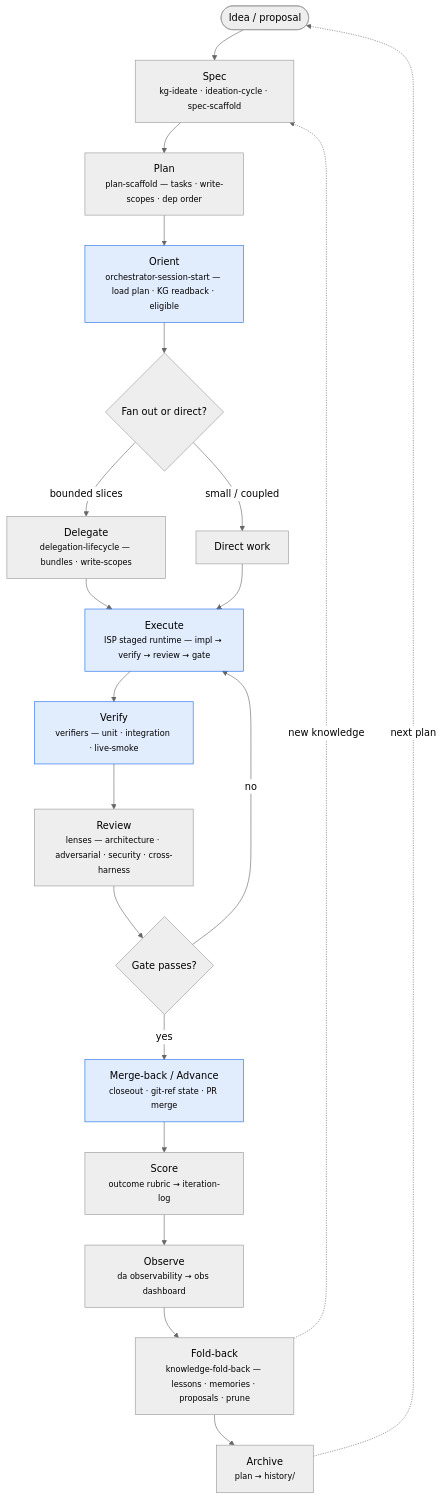
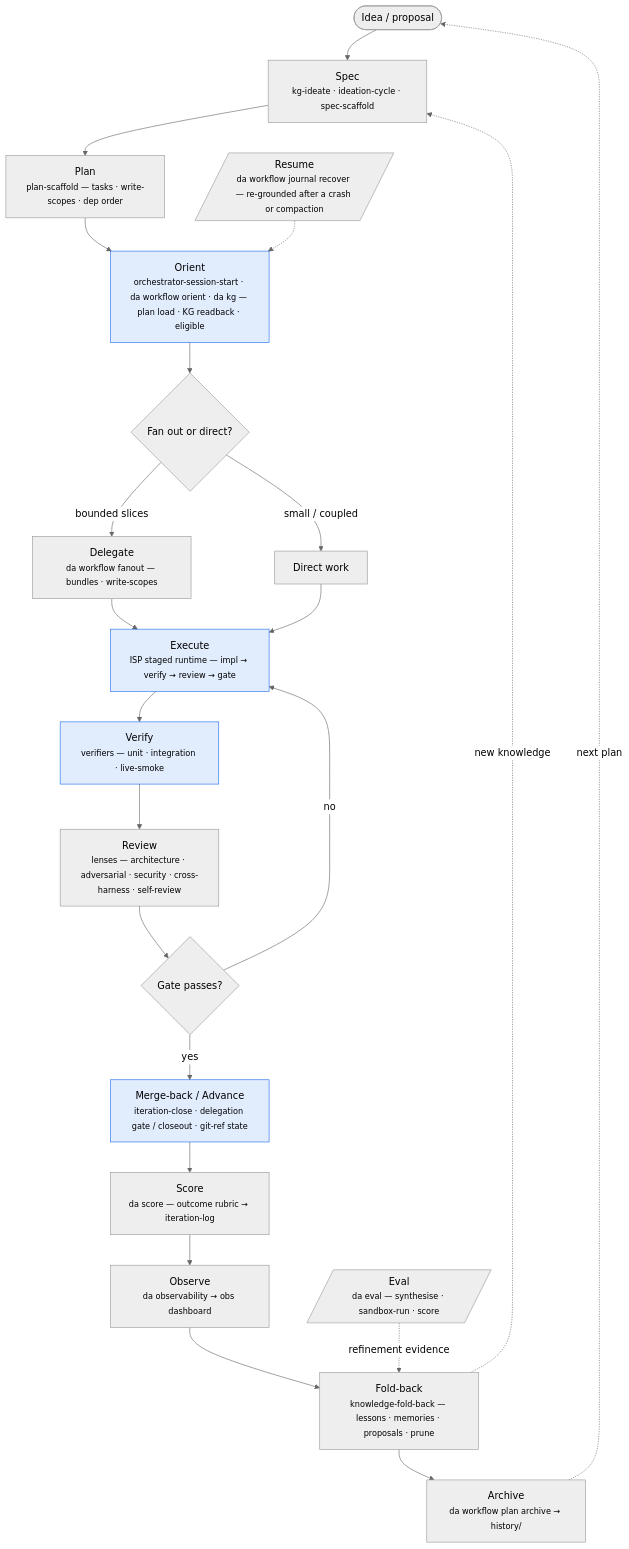
One commit to AGOrcha/dot-agents changed the diagram in docs/concepts/ai-dev-lifecycle.md. Above: the diagram before and after it, drawn with Mermaid (neutral theme). The commit also changed other lines of this file and 6 other files, not shown here.

````diff
--- a/docs/concepts/ai-dev-lifecycle.md
+++ b/docs/concepts/ai-dev-lifecycle.md
@@ -15,25 +22,27 @@
 ```mermaid
 flowchart TD
   idea([Idea / proposal]) --> spec[Spec<br/><small>kg-ideate · ideation-cycle · spec-scaffold</small>]
   spec --> plan[Plan<br/><small>plan-scaffold — tasks · write-scopes · dep order</small>]
-  plan --> orient[Orient<br/><small>orchestrator-session-start — load plan · KG readback · eligible</small>]
+  plan --> orient[Orient<br/><small>orchestrator-session-start · da workflow orient · da kg — plan load · KG readback · eligible</small>]
+  resume[/Resume<br/><small>da workflow journal recover — re-grounded after a crash or compaction/] -.-> orient
   orient --> decide{Fan out or direct?}
-  decide -->|bounded slices| fanout[Delegate<br/><small>delegation-lifecycle — bundles · write-scopes</small>]
+  decide -->|bounded slices| fanout[Delegate<br/><small>da workflow fanout — bundles · write-scopes</small>]
   decide -->|small / coupled| direct[Direct work]
   fanout --> exec[Execute<br/><small>ISP staged runtime — impl → verify → review → gate</small>]
   direct --> exec
   exec --> verify[Verify<br/><small>verifiers — unit · integration · live-smoke</small>]
-  verify --> review[Review<br/><small>lenses — architecture · adversarial · security · cross-harness</small>]
+  verify --> review[Review<br/><small>lenses — architecture · adversarial · security · cross-harness · self-review</small>]
   review --> gate{Gate passes?}
   gate -->|no| exec
-  gate -->|yes| mergeback[Merge-back / Advance<br/><small>closeout · git-ref state · PR merge</small>]
-  mergeback --> score[Score<br/><small>outcome rubric → iteration-log</small>]
+  gate -->|yes| mergeback[Merge-back / Advance<br/><small>iteration-close · delegation gate / closeout · git-ref state</small>]
+  mergeback --> score[Score<br/><small>da score — outcome rubric → iteration-log</small>]
   score --> observe[Observe<br/><small>da observability → obs dashboard</small>]
   observe --> foldback[Fold-back<br/><small>knowledge-fold-back — lessons · memories · proposals · prune</small>]
-  foldback --> archive[Archive<br/><small>plan → history/</small>]
+  foldback --> archive[Archive<br/><small>da workflow plan archive → history/</small>]
   foldback -. new knowledge .-> spec
+  eval[/Eval<br/><small>da eval — synthesise · sandbox-run · score/] -. refinement evidence .-> foldback
   archive -. next plan .-> idea
 
   classDef core fill:#1f6feb22,stroke:#1f6feb;
   class orient,exec,verify,mergeback core;
 ```
````
